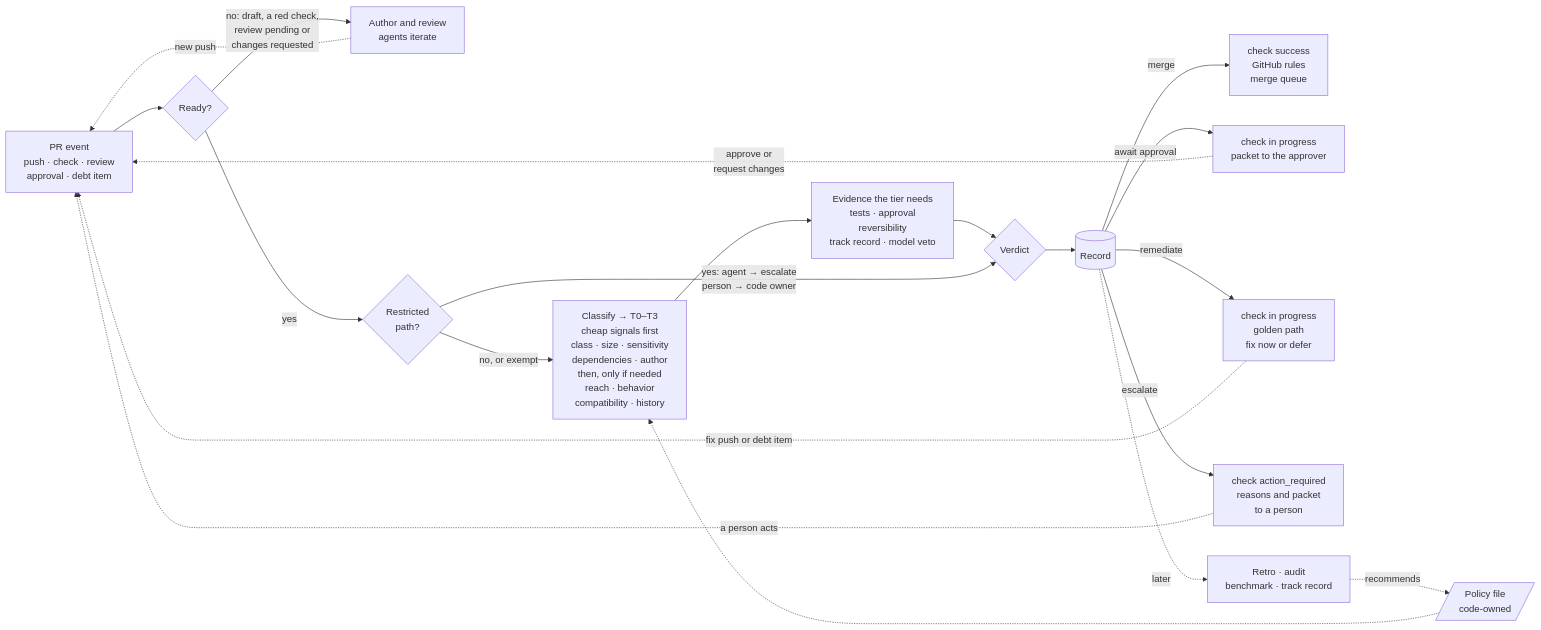
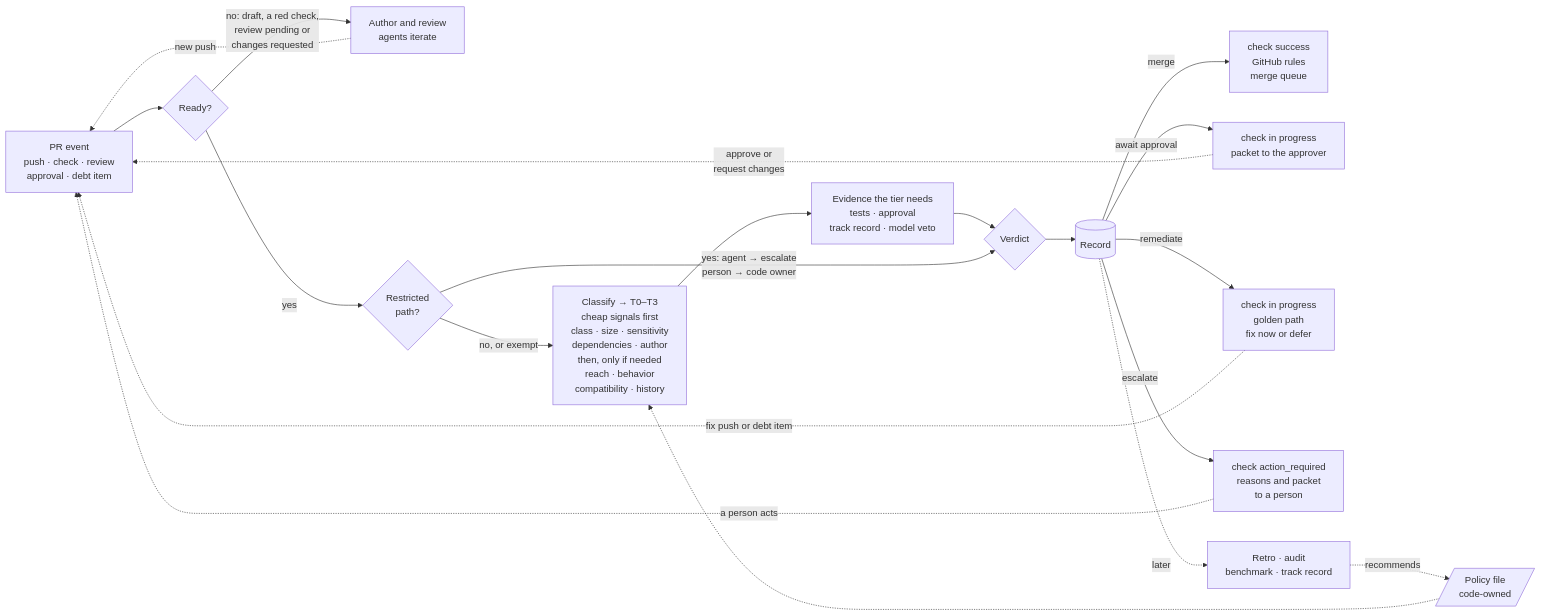
Before and after one commit to guyoron1/fullsend: the first of 2 diagrams in docs/proposals/aisdlc-97-architecture-proposal.md, drawn with Mermaid. The commit also changed other lines of this file, not shown here.

````diff
--- a/docs/proposals/aisdlc-97-architecture-proposal.md
+++ b/docs/proposals/aisdlc-97-architecture-proposal.md
@@ -38,22 +38,22 @@
 ```mermaid
 flowchart LR
   EV[PR event<br/>push · check · review<br/>approval · debt item] --> RDY{Ready?}
   RDY -- no: draft, a red check,<br/>review pending or<br/>changes requested --> LOOP[Author and review<br/>agents iterate]
   LOOP -. new push .-> EV
   RDY -- yes --> RP{Restricted<br/>path?}
   RP -- no, or exempt --> CLS["Classify → T0–T3<br/>cheap signals first<br/>class · size · sensitivity<br/>dependencies · author<br/>then, only if needed<br/>reach · behavior<br/>compatibility · history"]
-  CLS --> EVD["Evidence the tier needs<br/>tests · approval<br/>reversibility<br/>track record · model veto"]
+  CLS --> EVD["Evidence the tier needs<br/>tests · approval<br/>track record · model veto"]
   EVD --> VER{Verdict}
   RP -- yes: agent → escalate<br/>person → code owner --> VER
   VER --> REC[(Record)]
   REC -- merge --> MRG["check success<br/>GitHub rules<br/>merge queue"]
   REC -- await approval --> PKT["check in progress<br/>packet to the approver"]
   REC -- remediate --> GP["check in progress<br/>golden path<br/>fix now or defer"]
   REC -- escalate --> ESC["check action_required<br/>reasons and packet<br/>to a person"]
   ESC -. a person acts .-> EV
   PKT -. approve or<br/>request changes .-> EV
   GP -. fix push or debt item .-> EV
   REC -. later .-> POST[Retro · audit<br/>benchmark · track record]
   POST -. recommends .-> POL[/Policy file<br/>code-owned/]
   POL -.-> CLS
 ```
````
